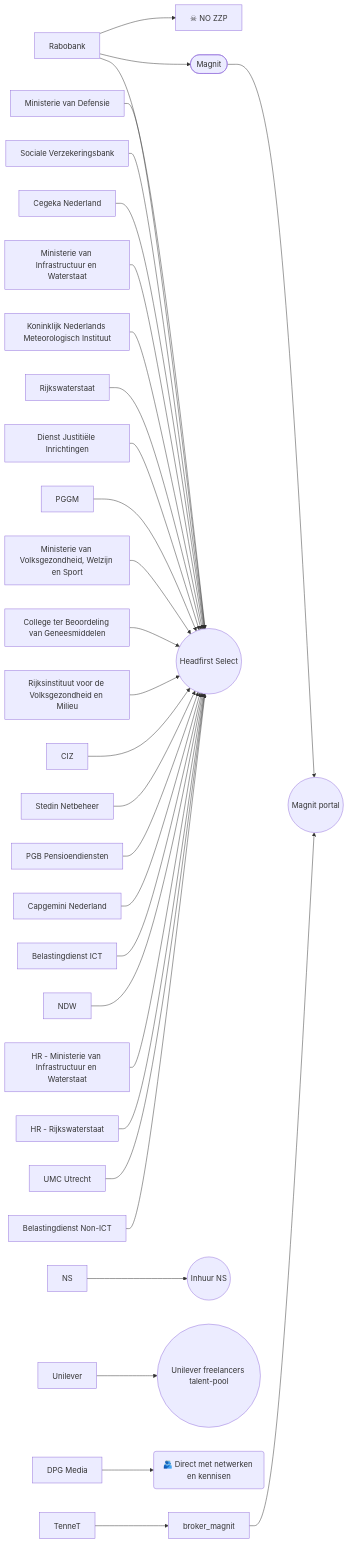
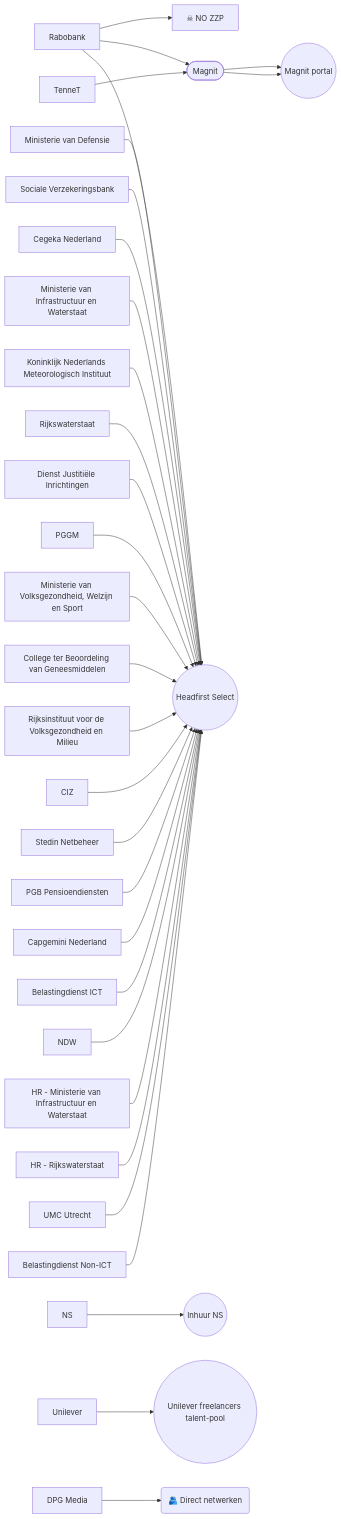
One commit to bneijt/zzp_inhuur_diagram changed the diagram in inhuur_diagram.md. Above: the diagram before and after it, drawn with Mermaid.

Commit message:
Fix magnit broker

````diff
--- a/inhuur_diagram.md
+++ b/inhuur_diagram.md
@@ -1,80 +1,80 @@
 ```mermaid
 flowchart LR
 state_no_zzp["☠ NO ZZP"]
 klant_rabobank["Rabobank"]
 klant_ns["NS"]
 klant_tennet["TenneT"]
 klant_rabobank["Rabobank"]
 klant_ministerie_van_defensie["Ministerie van Defensie"]
 klant_sociale_verzekeringsbank["Sociale Verzekeringsbank"]
 klant_cegeka_nederland["Cegeka Nederland"]
 klant_ministerie_van_infrastructuur_en_waterstaat["Ministerie van Infrastructuur en Waterstaat"]
 klant_koninklijk_nederlands_meteorologisch_instituut["Koninklijk Nederlands Meteorologisch Instituut"]
 klant_rijkswaterstaat["Rijkswaterstaat"]
 klant_dienst_justitiële_inrichtingen["Dienst Justitiële Inrichtingen"]
 klant_pggm["PGGM"]
 klant_ministerie_van_volksgezondheid,_welzijn_en_sport["Ministerie van Volksgezondheid, Welzijn en Sport"]
 klant_college_ter_beoordeling_van_geneesmiddelen["College ter Beoordeling van Geneesmiddelen"]
 klant_rijksinstituut_voor_de_volksgezondheid_en_milieu["Rijksinstituut voor de Volksgezondheid en Milieu"]
 klant_ciz["CIZ"]
 klant_stedin_netbeheer["Stedin Netbeheer"]
 klant_pgb_pensioendiensten["PGB Pensioendiensten"]
 klant_capgemini_nederland_["Capgemini Nederland "]
 klant_belastingdienst_ict["Belastingdienst ICT"]
 klant_ndw["NDW"]
 klant_hr_ministerie_van_infrastructuur_en_waterstaat["HR - Ministerie van Infrastructuur en Waterstaat"]
 klant_hr_rijkswaterstaat["HR - Rijkswaterstaat"]
 klant_umc_utrecht["UMC Utrecht"]
 klant_belastingdienst_non_ict["Belastingdienst Non-ICT"]
 klant_unilever["Unilever"]
 klant_dpg_media["DPG Media"]
 
-boker_magnit([Magnit])
+broker_magnit(["Magnit"])
 
 das_headfirst_select((Headfirst Select))
 click das_headfirst "https://platform.select.hr/" "https://platform.select.hr/"
 das_ns(("Inhuur NS"))
 click das_ns "https://inhuur-ns.my.site.com/" "https://inhuur-ns.my.site.com/"
 
 das_magnit(("Magnit portal"))
 click das_ns "https://portal.magnitglobal.com/" "https://portal.magnitglobal.com/"
 
 das_unilever_talentpool(("Unilever freelancers talent-pool"))
 click das_unilever_talentpool "https://unileverfreelancers.talent-pool.com/" "https://unileverfreelancers.talent-pool.com/"
 
-das_human("🫂 Direct met netwerken en kennisen")
+das_human("🫂 Direct netwerken")
 
 
 klant_rabobank --> state_no_zzp
-klant_rabobank --> boker_magnit --> das_magnit
+klant_rabobank --> broker_magnit --> das_magnit
 
 klant_ns --> das_ns
 
 klant_tennet --> broker_magnit --> das_magnit
 
 klant_rabobank --> das_headfirst_select
 klant_ministerie_van_defensie --> das_headfirst_select
 klant_sociale_verzekeringsbank --> das_headfirst_select
 klant_cegeka_nederland --> das_headfirst_select
 klant_ministerie_van_infrastructuur_en_waterstaat --> das_headfirst_select
 klant_koninklijk_nederlands_meteorologisch_instituut --> das_headfirst_select
 klant_rijkswaterstaat --> das_headfirst_select
 klant_dienst_justitiële_inrichtingen --> das_headfirst_select
 klant_pggm --> das_headfirst_select
 klant_ministerie_van_volksgezondheid,_welzijn_en_sport --> das_headfirst_select
 klant_college_ter_beoordeling_van_geneesmiddelen --> das_headfirst_select
 klant_rijksinstituut_voor_de_volksgezondheid_en_milieu --> das_headfirst_select
 klant_ciz --> das_headfirst_select
 klant_stedin_netbeheer --> das_headfirst_select
 klant_pgb_pensioendiensten --> das_headfirst_select
 klant_capgemini_nederland_ --> das_headfirst_select
 klant_belastingdienst_ict --> das_headfirst_select
 klant_ndw --> das_headfirst_select
 klant_hr_ministerie_van_infrastructuur_en_waterstaat --> das_headfirst_select
 klant_hr_rijkswaterstaat --> das_headfirst_select
 klant_umc_utrecht --> das_headfirst_select
 klant_belastingdienst_non_ict --> das_headfirst_select
 
 klant_unilever --> das_unilever_talentpool
 klant_dpg_media --> das_human
 ```
````
